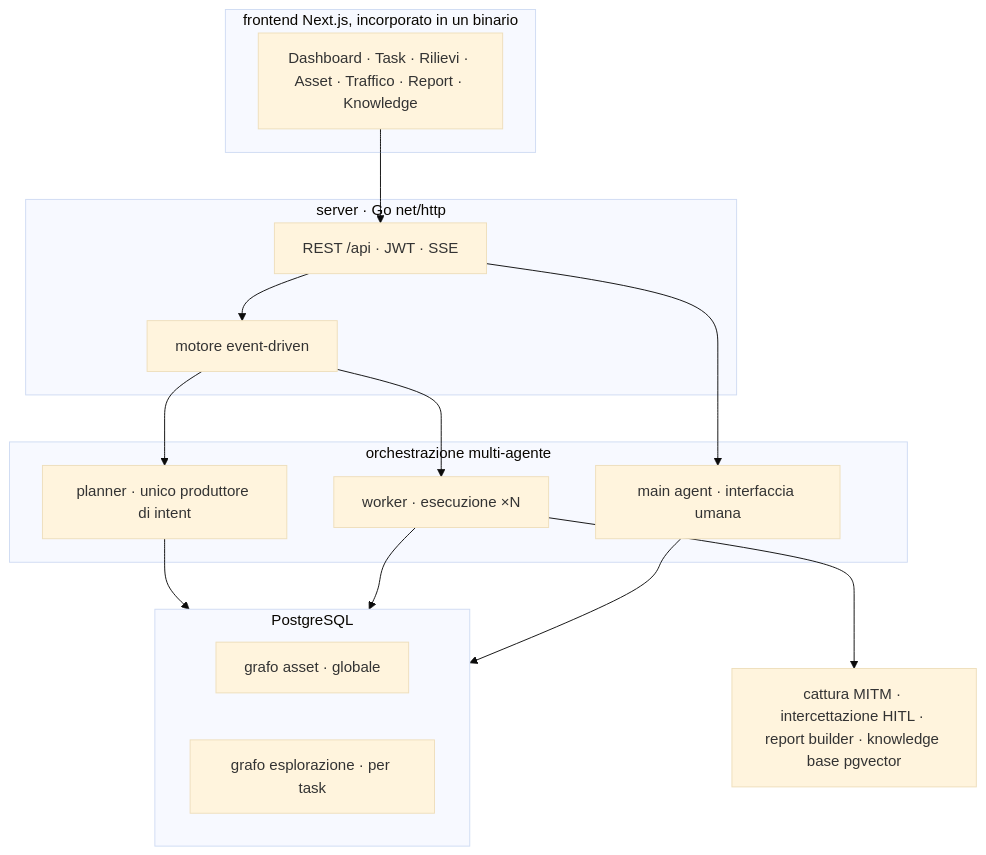
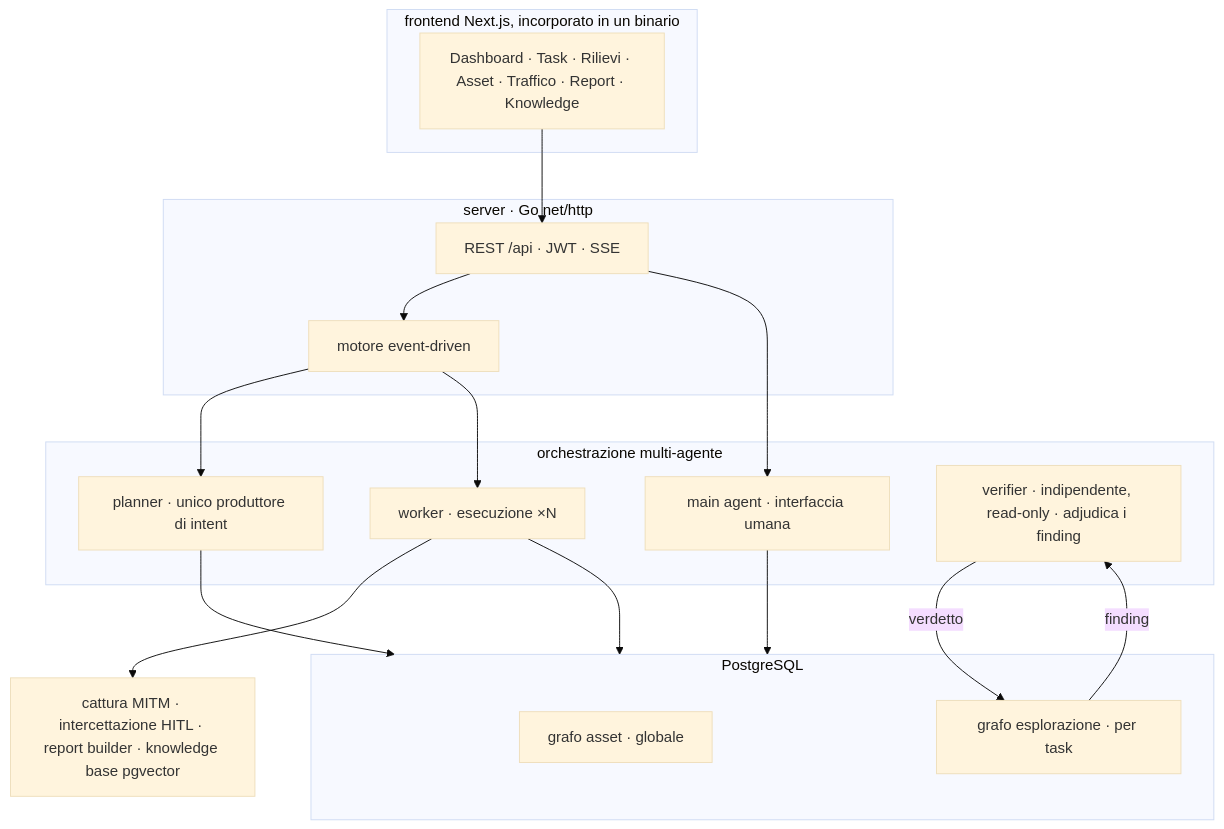
Before and after one commit to francesco-oghabi/artemis: the diagram in README.it.md, drawn with Mermaid (base theme). The commit also changed other lines of this file and 2 other files, not shown here.

First line of the commit message:
docs: document the independent verifier in How-it-works and ARCHITECTURE

````diff
--- a/README.it.md
+++ b/README.it.md
@@ -84,25 +84,27 @@
 ```mermaid
 flowchart TB
   subgraph FE[frontend Next.js, incorporato in un binario]
     UI[Dashboard · Task · Rilievi · Asset · Traffico · Report · Knowledge]
   end
   subgraph SRV[server · Go net/http]
     API[REST /api · JWT · SSE]
     ENG[motore event-driven]
   end
   subgraph AG[orchestrazione multi-agente]
     PL[planner · unico produttore di intent]
     WK[worker · esecuzione ×N]
     MA[main agent · interfaccia umana]
+    VF[verifier · indipendente, read-only · adjudica i finding]
   end
   subgraph DB[PostgreSQL]
     AGRAPH[grafo asset · globale]
     EGRAPH[grafo esplorazione · per task]
   end
   SUB[cattura MITM · intercettazione HITL · report builder · knowledge base pgvector]
 
   UI --> API --> ENG --> PL & WK
   API --> MA
   PL & WK & MA --> DB
   WK --> SUB
+  EGRAPH -->|finding| VF -->|verdetto| EGRAPH
 ```
````
